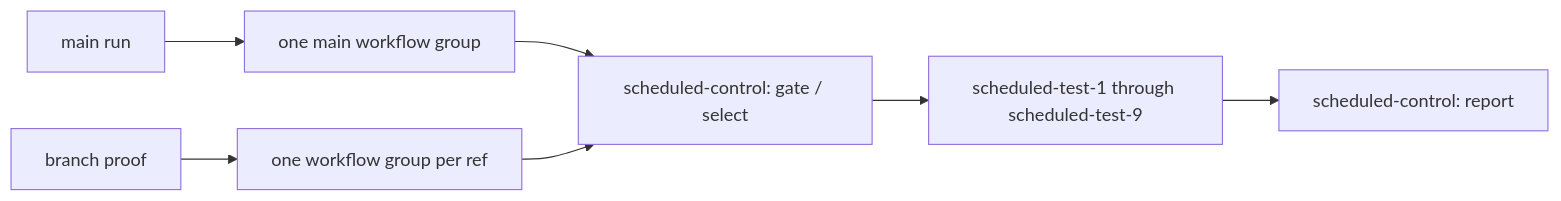
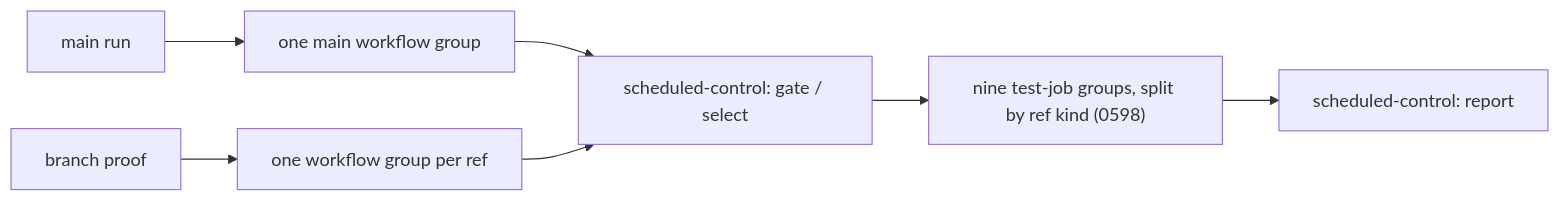
The second of 2 diagrams in .decisions/0595-scheduled-runs-share-slots.md (kamp-us/tea-fabrika), drawn with Mermaid before and after one commit. The commit also changed other lines of this file and 66 other files, not shown here.

````diff
--- a/.decisions/0595-scheduled-runs-share-slots.md
+++ b/.decisions/0595-scheduled-runs-share-slots.md
@@ -24,9 +24,9 @@
 ```mermaid
 flowchart LR
   main["main run"] --> queue["one main workflow group"]
   proof["branch proof"] --> proofs["one workflow group per ref"]
   queue --> gate["scheduled-control: gate / select"]
   proofs --> gate
-  gate --> tests["scheduled-test-1 through scheduled-test-9"]
+  gate --> tests["nine test-job groups, split by ref kind (0598)"]
   tests --> report["scheduled-control: report"]
 ```
````
